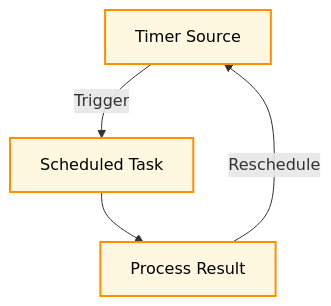
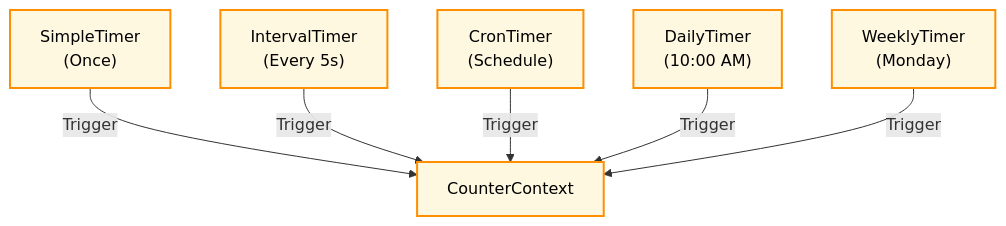
One commit to aitoroses/floxide changed the sixth of 9 diagrams in README.md. Above: the diagram before and after it, drawn with Mermaid. The commit also changed other lines of this file and 11 other files, not shown here.

````diff
--- a/README.md
+++ b/README.md
@@ -268,9 +263,14 @@
 ```mermaid
 graph TD
-    A["Timer Source"] -->|Trigger| B["Scheduled Task"]
-    B --> C["Process Result"]
-    C -->|Reschedule| A
+    A["SimpleTimer<br>(Once)"] -->|"Trigger"| B["CounterContext"]
+    C["IntervalTimer<br>(Every 5s)"] -->|"Trigger"| B
+    D["CronTimer<br>(Schedule)"] -->|"Trigger"| B
+    E["DailyTimer<br>(10:00 AM)"] -->|"Trigger"| B
+    F["WeeklyTimer<br>(Monday)"] -->|"Trigger"| B
     style A fill:#fff8e1,stroke:#ff8f00,stroke-width:2px,color:black
     style B fill:#fff8e1,stroke:#ff8f00,stroke-width:2px,color:black
     style C fill:#fff8e1,stroke:#ff8f00,stroke-width:2px,color:black
+    style D fill:#fff8e1,stroke:#ff8f00,stroke-width:2px,color:black
+    style E fill:#fff8e1,stroke:#ff8f00,stroke-width:2px,color:black
+    style F fill:#fff8e1,stroke:#ff8f00,stroke-width:2px,color:black
 ```
````
